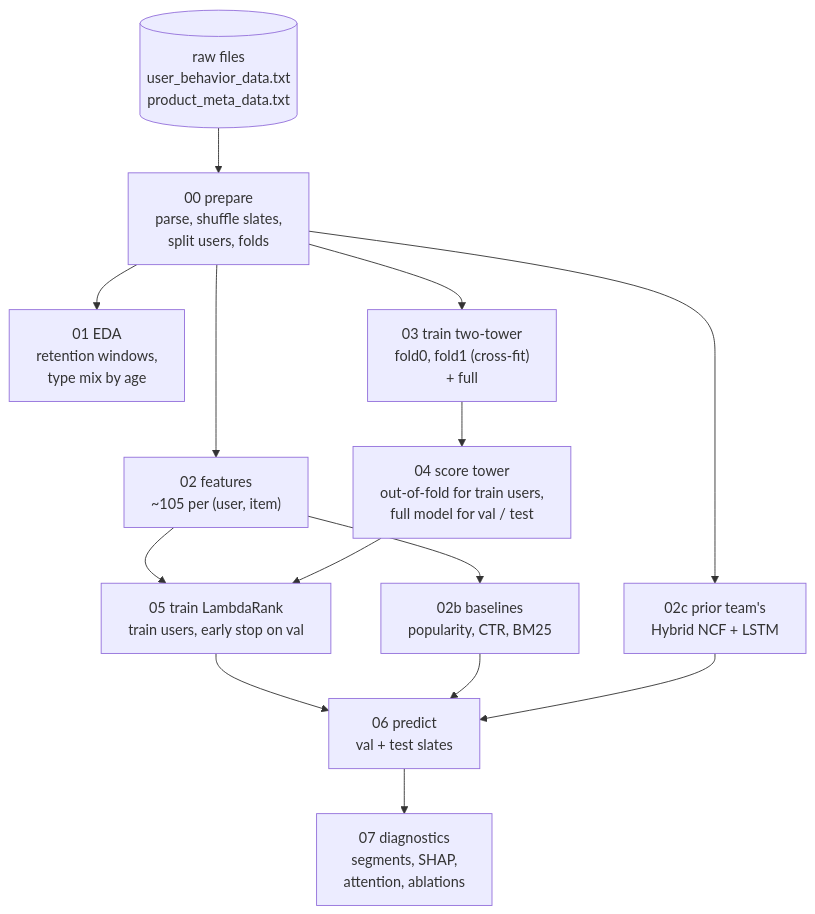
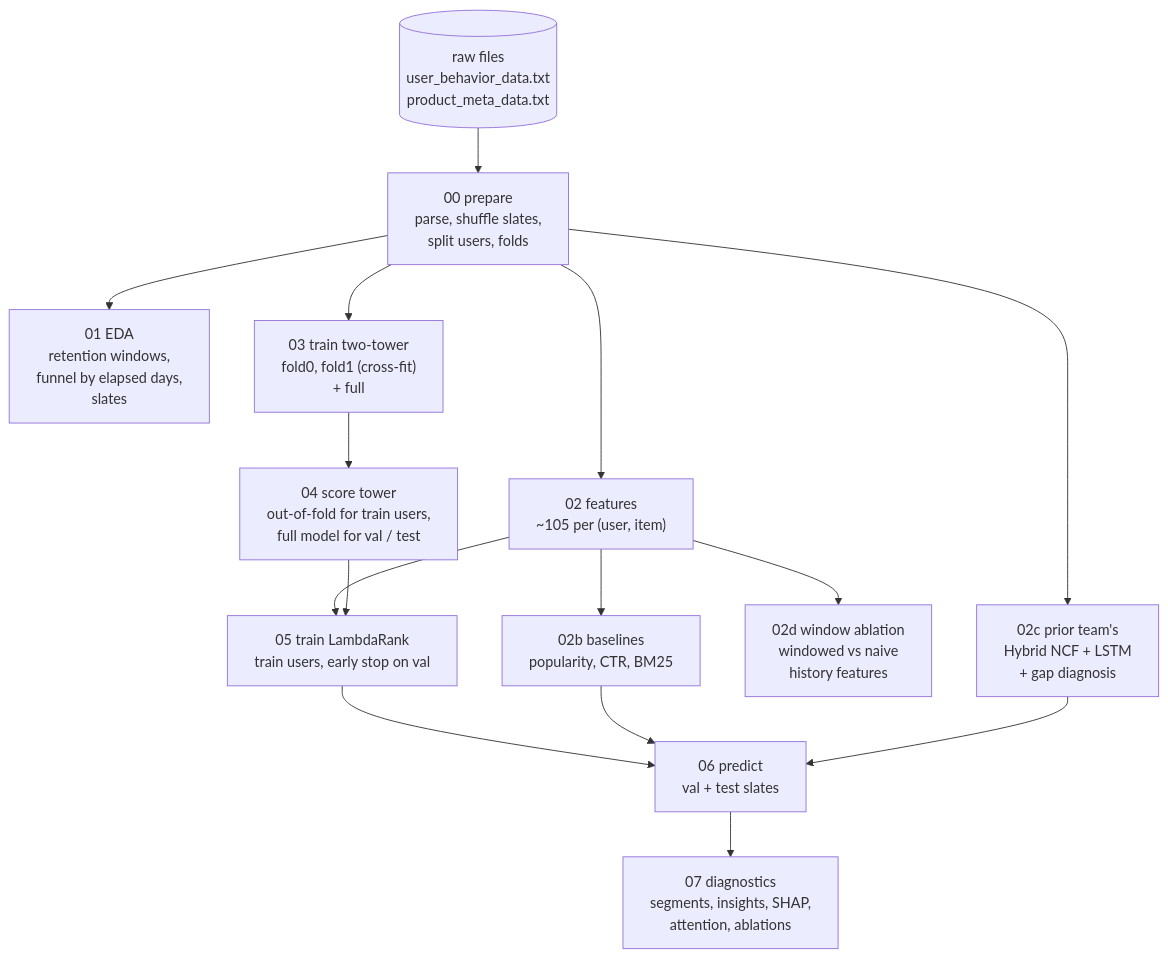
Before and after one commit to harvestingmoon/bt4222-two-tower-recsys: the diagram in README.md, drawn with Mermaid. The commit also changed other lines of this file and 20 other files, not shown here.

````diff
--- a/README.md
+++ b/README.md
@@ -94,16 +120,17 @@
 ```mermaid
 flowchart TD
     R[("raw files<br/>user_behavior_data.txt<br/>product_meta_data.txt")] --> P["00 prepare<br/>parse, shuffle slates,<br/>split users, folds"]
-    P --> E["01 EDA<br/>retention windows,<br/>type mix by age"]
+    P --> E["01 EDA<br/>retention windows,<br/>funnel by elapsed days,<br/>slates"]
     P --> F["02 features<br/>~105 per (user, item)"]
     F --> B["02b baselines<br/>popularity, CTR, BM25"]
-    P --> N["02c prior team's<br/>Hybrid NCF + LSTM"]
+    P --> N["02c prior team's<br/>Hybrid NCF + LSTM<br/>+ gap diagnosis"]
+    F --> W["02d window ablation<br/>windowed vs naive<br/>history features"]
     P --> T["03 train two-tower<br/>fold0, fold1 (cross-fit)<br/>+ full"]
     T --> S["04 score tower<br/>out-of-fold for train users,<br/>full model for val / test"]
     F --> K["05 train LambdaRank<br/>train users, early stop on val"]
     S --> K
     K --> X["06 predict<br/>val + test slates"]
-    X --> D["07 diagnostics<br/>segments, SHAP,<br/>attention, ablations"]
+    X --> D["07 diagnostics<br/>segments, insights, SHAP,<br/>attention, ablations"]
     B --> X
     N --> X
 ```
````
